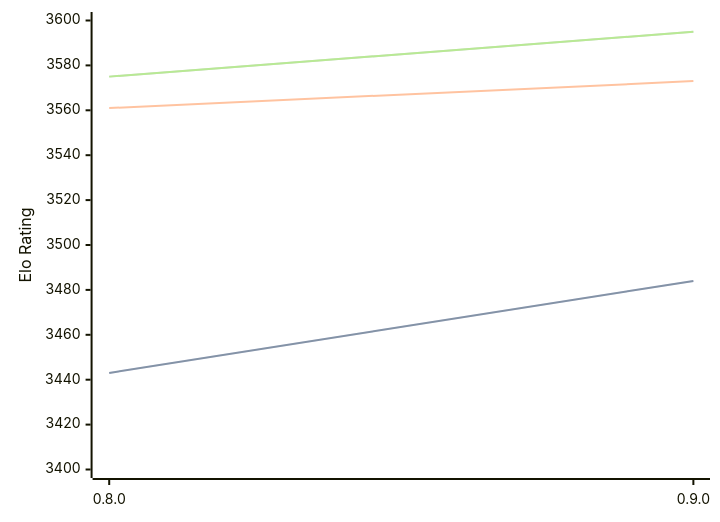
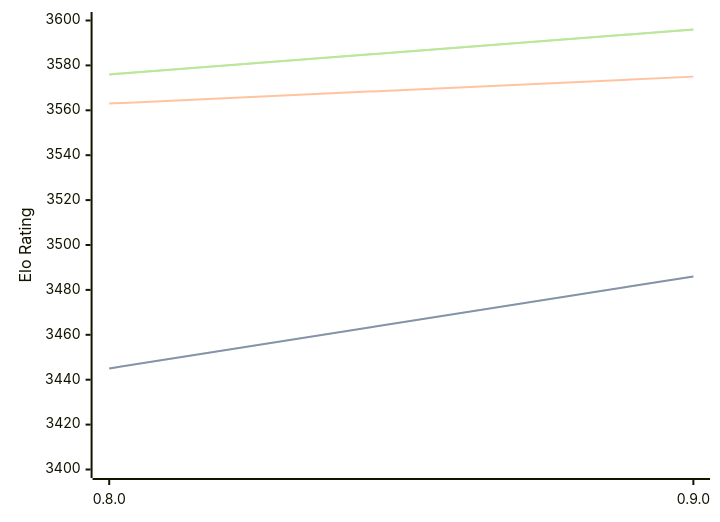
The diagram in engines/Reckless.md (computer-chess-index/cci), drawn with Mermaid before and after one commit. The commit also changed other lines of this file, not shown here.

Commit message:
Update CCI Ratings (ELO VLTC) - 2026-09-01

````diff
--- a/engines/Reckless.md
+++ b/engines/Reckless.md
@@ -32,11 +32,11 @@
 ```mermaid
 %%{init: {"theme":"base","themeVariables":{"seriesColors:['#a3a3a3','#222221','#faa371']}}}%%
 xychart-beta
   x-axis ["0.8.0", "0.9.0"]
   y-axis "Elo Rating" 3400 --> 3600
-  line "" [3443, 3484]
-  line "STC (8.0+0.08s)" [3443, 3484]
-  line "LTC (60.0+0.60s)" [3561, 3573]
-  line "" [3575, 3595]
-  line "VLTC (2m24s+1.12s)" [3575, 3595]
+  line "" [3445, 3486]
+  line "STC (8.0+0.08s)" [3445, 3486]
+  line "LTC (60.0+0.60s)" [3563, 3575]
+  line "" [3576, 3596]
+  line "VLTC (2m24s+1.12s)" [3576, 3596]
 ```
````
